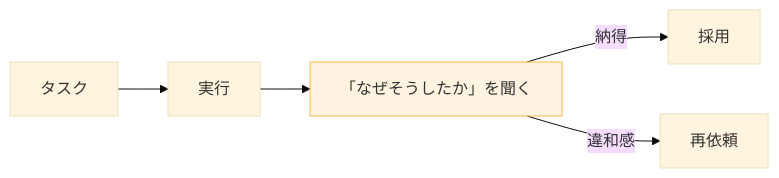
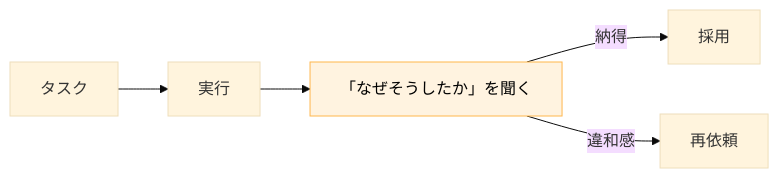
One commit to dinekt/dinekt-wiki changed the second of 2 diagrams in docs/techniques/claude-code-を日々使い倒す-10-の小技.md. Above: the diagram before and after it, drawn with Mermaid (base theme). The commit also changed 71 other files, not shown here.

First line of the commit message:
fix: mermaid readability + remove GitHub repo toolbar

````diff
--- a/docs/techniques/claude-code-を日々使い倒す-10-の小技.md
+++ b/docs/techniques/claude-code-を日々使い倒す-10-の小技.md
@@ -92,9 +92,9 @@
 ```mermaid
 flowchart LR
     T[タスク] --> A[実行]
     A --> E[「なぜそうしたか」を聞く]
     E -->|納得| OK[採用]
     E -->|違和感| F[再依頼]
 
-    style E fill:#fff3e0,stroke:#ffb74d
+    style E fill:#fff3e0,stroke:#ffb74d,color:#000
 ```
````
